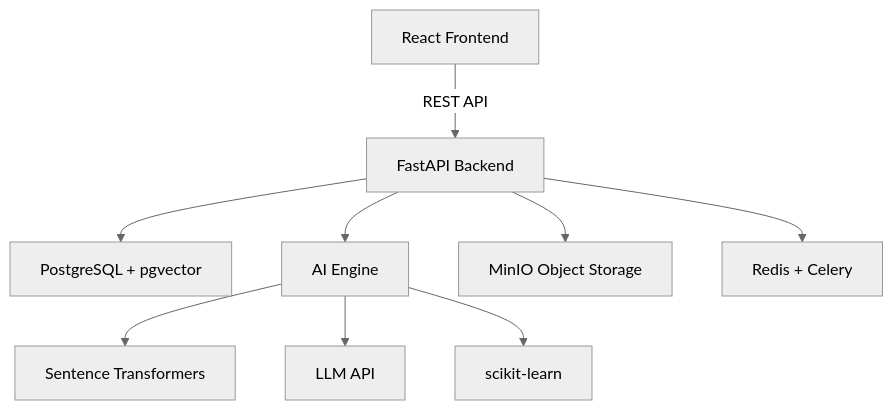
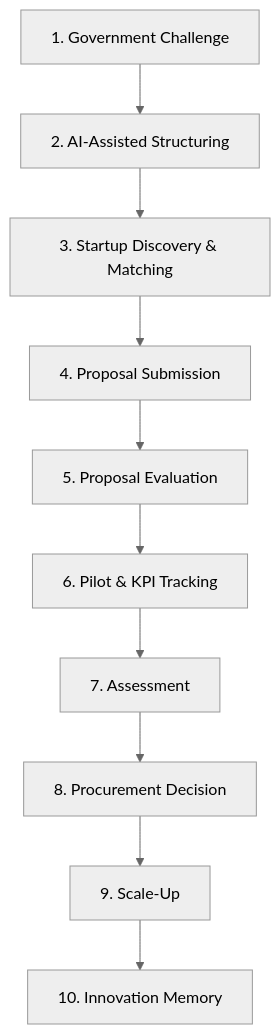
One commit to madhanr13/StartupSetu changed the diagram in README.md. Above: the diagram before and after it, drawn with Mermaid (neutral theme). The commit also changed other lines of this file and 2 other files, not shown here.

````diff
--- a/README.md
+++ b/README.md
@@ -25,12 +21,12 @@
 ```mermaid
-graph TD
-    A[React Frontend] -->|REST API| B[FastAPI Backend]
-    B --> C[PostgreSQL + pgvector]
-    B --> D[AI Engine]
-    B --> E[MinIO Object Storage]
-    B --> F[Redis + Celery]
-
-    D --> D1[Sentence Transformers]
-    D --> D2[LLM API]
-    D --> D3[scikit-learn]
+flowchart TD
+    A[1. Government Challenge] --> B[2. AI-Assisted Structuring]
+    B --> C[3. Startup Discovery & Matching]
+    C --> D[4. Proposal Submission]
+    D --> E[5. Proposal Evaluation]
+    E --> F[6. Pilot & KPI Tracking]
+    F --> G[7. Assessment]
+    G --> H[8. Procurement Decision]
+    H --> I[9. Scale-Up]
+    I --> J[10. Innovation Memory]
 ```
````
